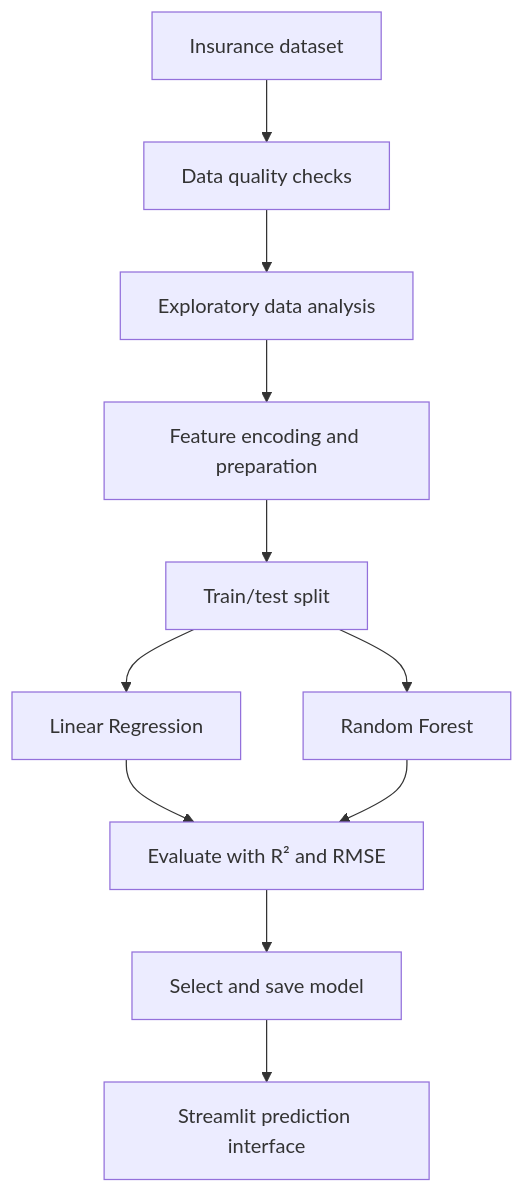
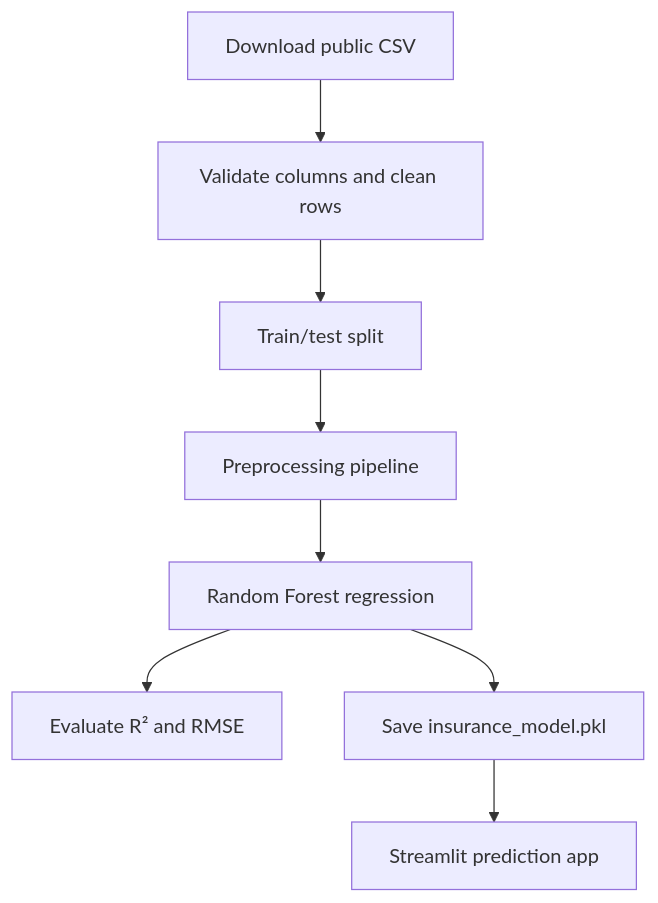
One commit to rohantyagi2225/medical-insurance-ml-project changed the diagram in README.md. Above: the diagram before and after it, drawn with Mermaid. The commit also changed other lines of this file, not shown here.

Commit message:
Document automatic dataset download and reproducible training workflow

````diff
--- a/README.md
+++ b/README.md
@@ -29,13 +20,10 @@
 ```mermaid
 flowchart TD
-    A[Insurance dataset] --> B[Data quality checks]
-    B --> C[Exploratory data analysis]
-    C --> D[Feature encoding and preparation]
-    D --> E[Train/test split]
-    E --> F[Linear Regression]
-    E --> G[Random Forest]
-    F --> H[Evaluate with R² and RMSE]
-    G --> H
-    H --> I[Select and save model]
-    I --> J[Streamlit prediction interface]
+    A[Download public CSV] --> B[Validate columns and clean rows]
+    B --> C[Train/test split]
+    C --> D[Preprocessing pipeline]
+    D --> E[Random Forest regression]
+    E --> F[Evaluate R² and RMSE]
+    E --> G[Save insurance_model.pkl]
+    G --> H[Streamlit prediction app]
 ```
````
